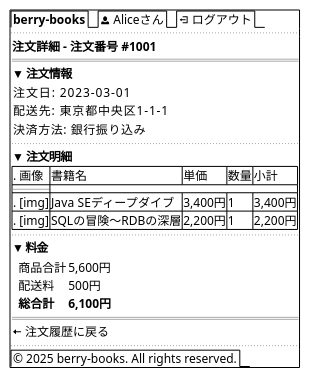
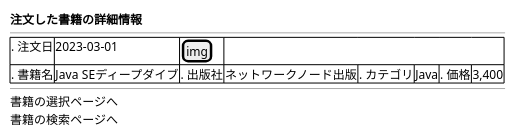
One commit to KenyaSaitoh/ai_dev_training_202512 changed the second of 2 diagrams in projects/java/berry-books-mvc-sdd/specs/baseline/features/F_005_order_history/screen_design.md. Above: the diagram before and after it, drawn with PlantUML. The commit also changed other lines of this file and 99 other files, not shown here.

````diff
--- a/projects/java/berry-books-mvc-sdd/specs/baseline/features/F_005_order_history/screen_design.md
+++ b/projects/java/berry-books-mvc-sdd/specs/baseline/features/F_005_order_history/screen_design.md
@@ -85,37 +93,18 @@
 ```plantuml
 @startsalt
-{+
-  {/ <b>berry-books</b> | <&person> Aliceさん | <&account-logout> ログアウト }
-  ..
-  {
-    <b>注文詳細 - 注文番号 #1001</b>
-    ==
-    <b>▼ 注文情報</b>
-    {
-      注文日:     2023-03-01
-      配送先:     東京都中央区1-1-1
-      決済方法:   銀行振り込み
-    }
-    ..
-    <b>▼ 注文明細</b>
-    {#
-      . 画像   | 書籍名                    | 単価      | 数量 | 小計
-      --
-      . [img] | Java SEディープダイブ      | 3,400円   | 1   | 3,400円
-      . [img] | SQLの冒険～RDBの深層       | 2,200円   | 1   | 2,200円
-    }
-    ..
-    <b>▼ 料金</b>
-    {
-      . | 商品合計   | 5,600円
-      . | 配送料     | 500円
-      . | <b>総合計</b> | <b>6,100円</b>
-    }
-    ==
-    <&arrow-left> 注文履歴に戻る
+{
+  <b>注文した書籍の詳細情報</b>
+  --
+  {#
+    . 注文日   | 2023-03-01      | [img]
+    . 書籍名   | Java SEディープダイブ |
+    . 出版社   | ネットワークノード出版 |
+    . カテゴリ  | Java           |
+    . 価格    | 3,400          |
   }
-  ..
-  {/ © 2025 berry-books. All rights reserved. }
+  --
+  書籍の選択ページへ
+  書籍の検索ページへ
 }
 @endsalt
 ```
````
